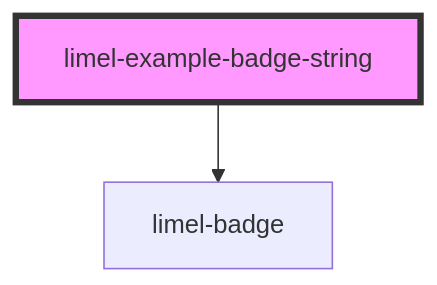
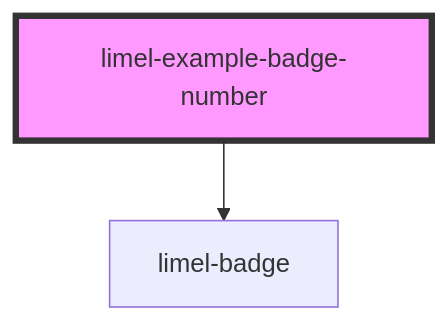
The diagram in versions/PR-3783/markdown-docs/components/badge/examples/readme.md (Lundalogik/lime-elements), drawn with Mermaid before and after one commit. The commit also changed other lines of this file and 1457 other files, not shown here.

````diff
--- a/versions/PR-3783/markdown-docs/components/badge/examples/readme.md
+++ b/versions/PR-3783/markdown-docs/components/badge/examples/readme.md
@@ -25,5 +24,5 @@
 ```mermaid
 graph TD;
-  limel-example-badge-string --> limel-badge
-  style limel-example-badge-string fill:#f9f,stroke:#333,stroke-width:4px
+  limel-example-badge-number --> limel-badge
+  style limel-example-badge-number fill:#f9f,stroke:#333,stroke-width:4px
 ```
````
